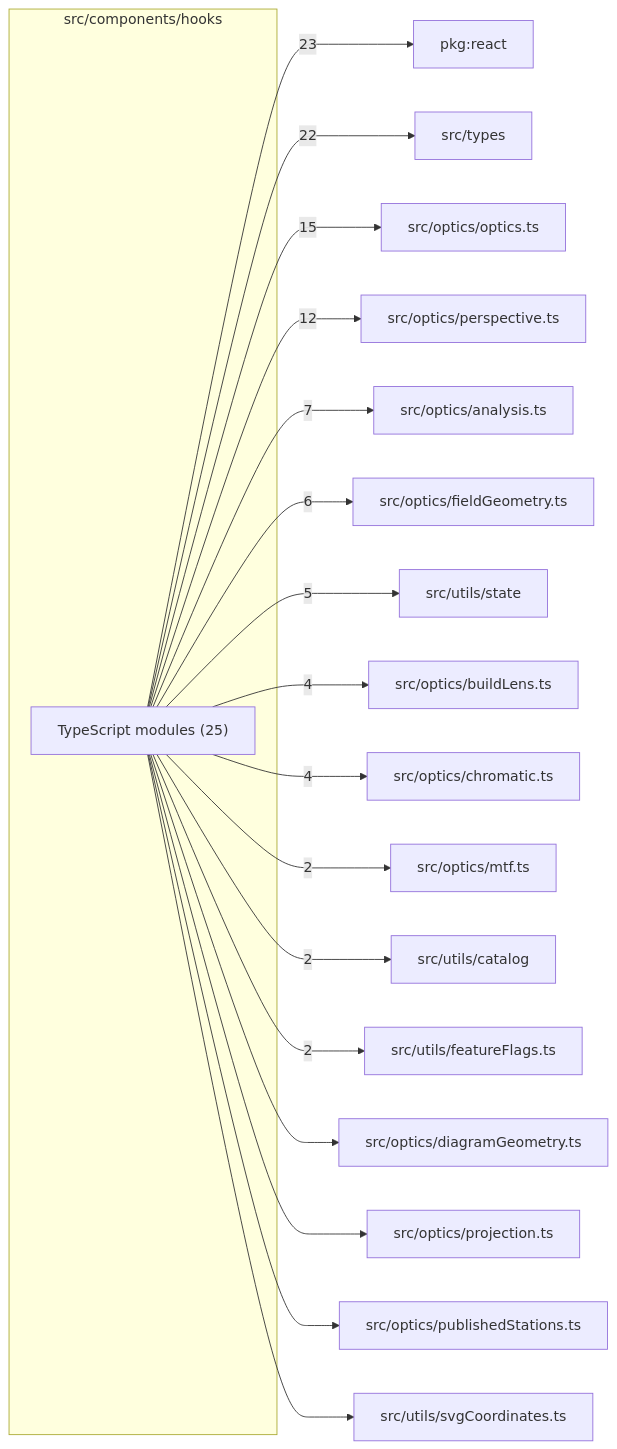
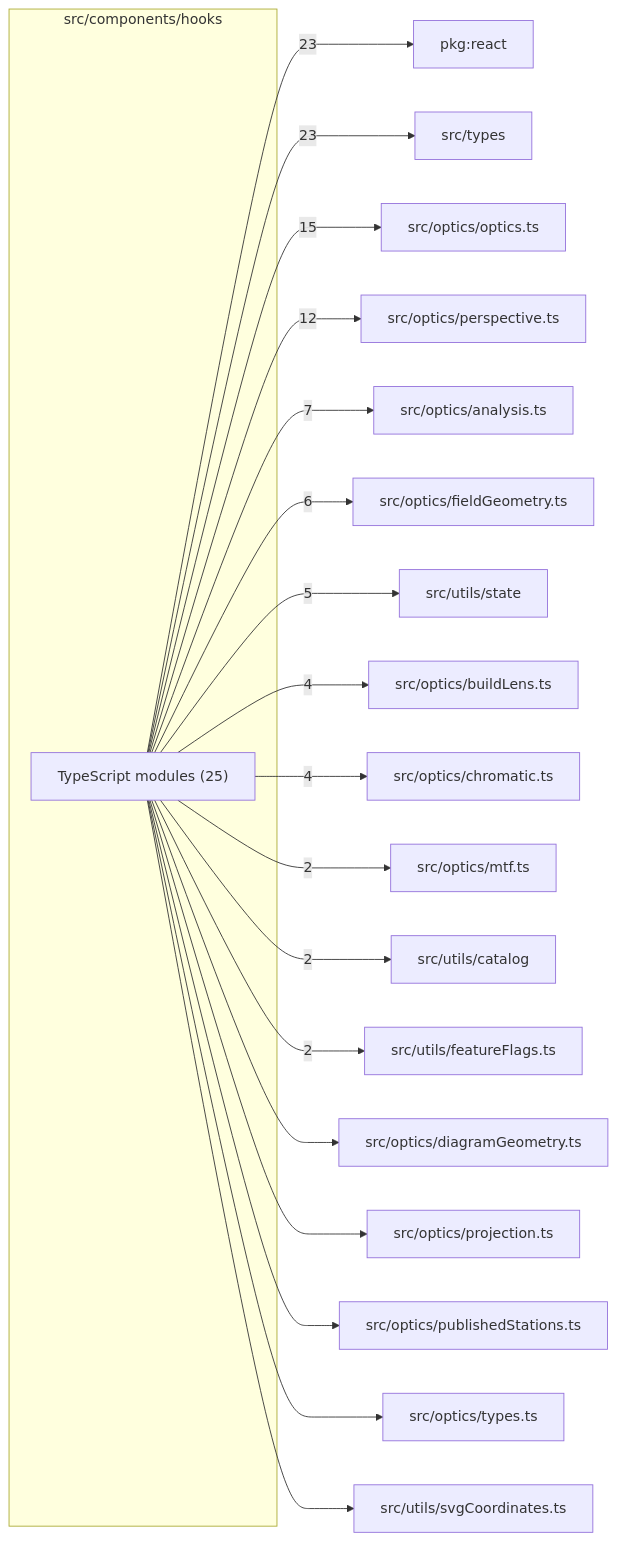
One commit to ronbuening/LensVisualizer changed the diagram in src/components/hooks/readme.md. Above: the diagram before and after it, drawn with Mermaid. The commit also changed other lines of this file and 144 other files, not shown here.

````diff
--- a/src/components/hooks/readme.md
+++ b/src/components/hooks/readme.md
@@ -9,38 +9,40 @@
 ```mermaid
 flowchart LR
   subgraph n_src_components_hooks["src/components/hooks"]
     n_src_components_hooks_TypeScript_modules["TypeScript modules (25)"]
   end
   n_external_pkg_react["pkg:react"]
   n_external_src_types["src/types"]
   n_external_src_optics_optics_ts["src/optics/optics.ts"]
   n_external_src_optics_perspective_ts["src/optics/perspective.ts"]
   n_external_src_optics_analysis_ts["src/optics/analysis.ts"]
   n_external_src_optics_fieldGeometry_ts["src/optics/fieldGeometry.ts"]
   n_external_src_utils_state["src/utils/state"]
   n_external_src_optics_buildLens_ts["src/optics/buildLens.ts"]
   n_external_src_optics_chromatic_ts["src/optics/chromatic.ts"]
   n_external_src_optics_mtf_ts["src/optics/mtf.ts"]
   n_external_src_utils_catalog["src/utils/catalog"]
   n_external_src_utils_featureFlags_ts["src/utils/featureFlags.ts"]
   n_external_src_optics_diagramGeometry_ts["src/optics/diagramGeometry.ts"]
   n_external_src_optics_projection_ts["src/optics/projection.ts"]
   n_external_src_optics_publishedStations_ts["src/optics/publishedStations.ts"]
+  n_external_src_optics_types_ts["src/optics/types.ts"]
   n_external_src_utils_svgCoordinates_ts["src/utils/svgCoordinates.ts"]
   n_src_components_hooks_TypeScript_modules --> |23| n_external_pkg_react
-  n_src_components_hooks_TypeScript_modules --> |22| n_external_src_types
+  n_src_components_hooks_TypeScript_modules --> |23| n_external_src_types
   n_src_components_hooks_TypeScript_modules --> |15| n_external_src_optics_optics_ts
   n_src_components_hooks_TypeScript_modules --> |12| n_external_src_optics_perspective_ts
   n_src_components_hooks_TypeScript_modules --> |7| n_external_src_optics_analysis_ts
   n_src_components_hooks_TypeScript_modules --> |6| n_external_src_optics_fieldGeometry_ts
   n_src_components_hooks_TypeScript_modules --> |5| n_external_src_utils_state
   n_src_components_hooks_TypeScript_modules --> |4| n_external_src_optics_buildLens_ts
   n_src_components_hooks_TypeScript_modules --> |4| n_external_src_optics_chromatic_ts
   n_src_components_hooks_TypeScript_modules --> |2| n_external_src_optics_mtf_ts
   n_src_components_hooks_TypeScript_modules --> |2| n_external_src_utils_catalog
   n_src_components_hooks_TypeScript_modules --> |2| n_external_src_utils_featureFlags_ts
   n_src_components_hooks_TypeScript_modules --> n_external_src_optics_diagramGeometry_ts
   n_src_components_hooks_TypeScript_modules --> n_external_src_optics_projection_ts
   n_src_components_hooks_TypeScript_modules --> n_external_src_optics_publishedStations_ts
+  n_src_components_hooks_TypeScript_modules --> n_external_src_optics_types_ts
   n_src_components_hooks_TypeScript_modules --> n_external_src_utils_svgCoordinates_ts
 ```
````
